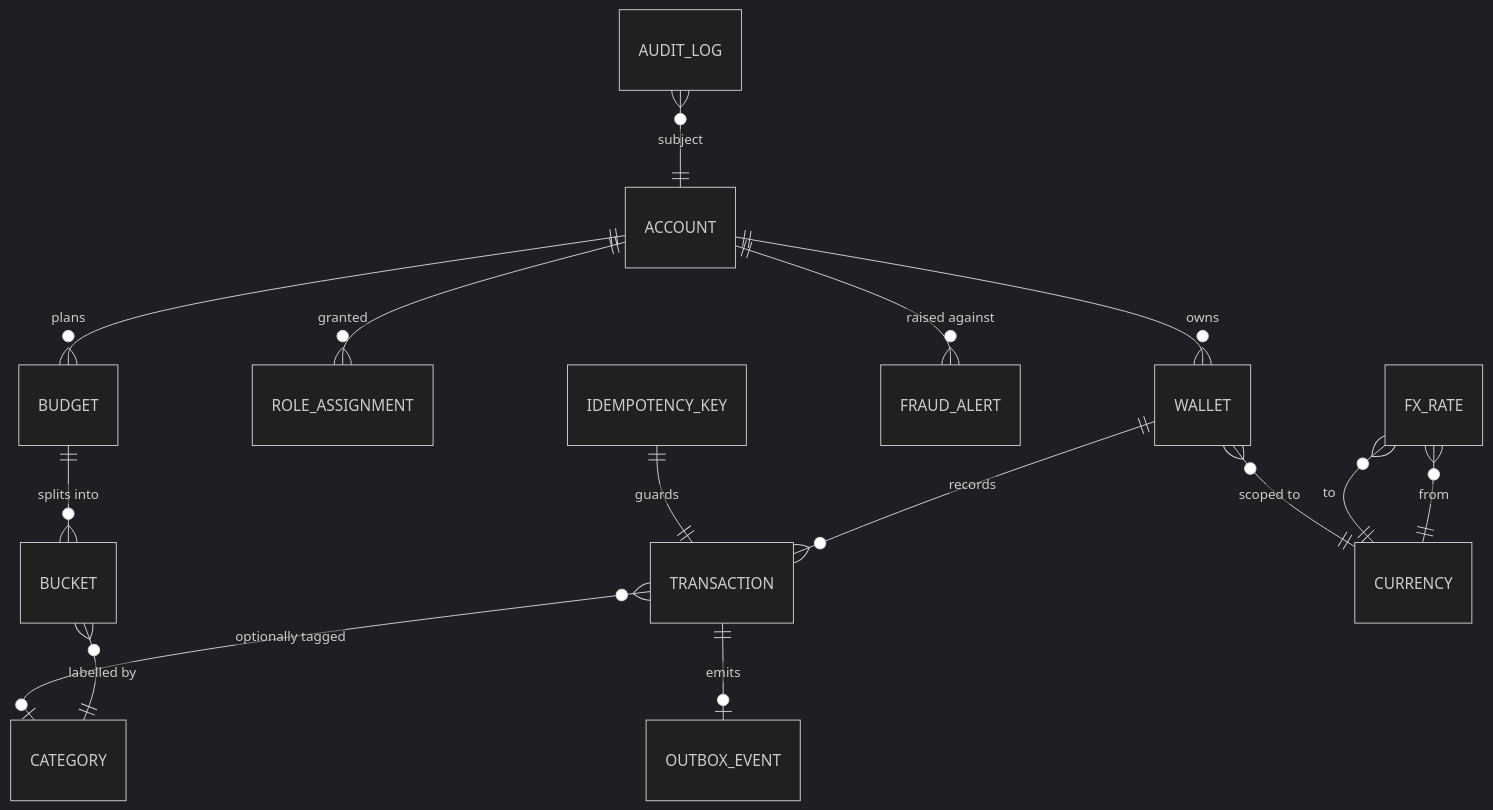
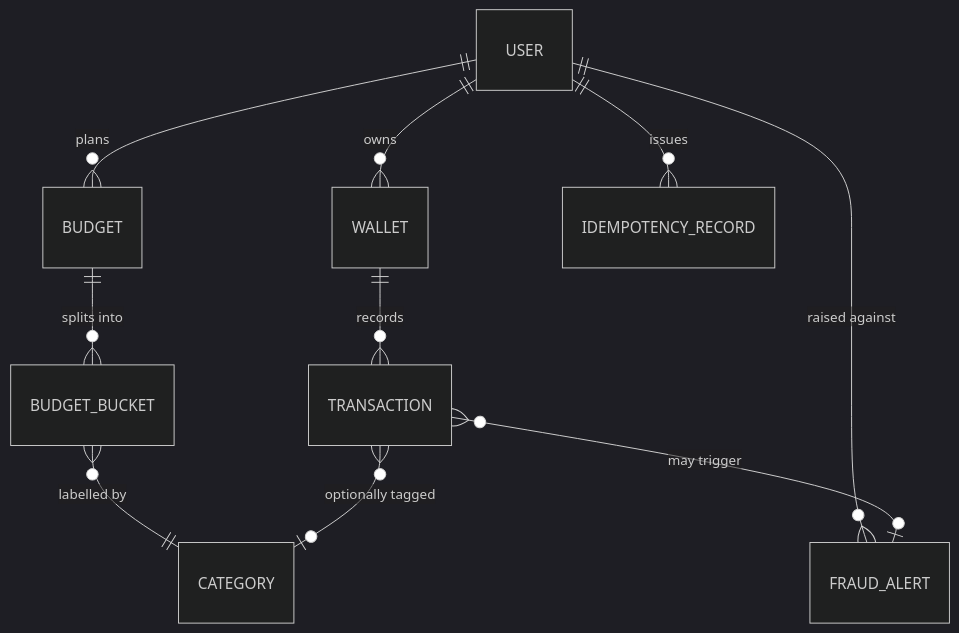
Before and after one commit to tienkhoa03/DigitalWallet: the diagram in docs/database/README.md, drawn with Mermaid (dark theme). The commit also changed other lines of this file and 24 other files, not shown here.

````diff
--- a/docs/database/README.md
+++ b/docs/database/README.md
@@ -9,17 +9,12 @@
 ```mermaid
 erDiagram
-    ACCOUNT ||--o{ WALLET : "owns"
-    ACCOUNT ||--o{ ROLE_ASSIGNMENT : "granted"
-    ACCOUNT ||--o{ BUDGET : "plans"
-    ACCOUNT ||--o{ FRAUD_ALERT : "raised against"
+    USER ||--o{ WALLET : "owns"
+    USER ||--o{ BUDGET : "plans"
+    USER ||--o{ FRAUD_ALERT : "raised against"
+    USER ||--o{ IDEMPOTENCY_RECORD : "issues"
     WALLET ||--o{ TRANSACTION : "records"
-    BUDGET ||--o{ BUCKET : "splits into"
-    BUCKET }o--|| CATEGORY : "labelled by"
+    BUDGET ||--o{ BUDGET_BUCKET : "splits into"
+    BUDGET_BUCKET }o--|| CATEGORY : "labelled by"
     TRANSACTION }o--o| CATEGORY : "optionally tagged"
-    TRANSACTION ||--o| OUTBOX_EVENT : "emits"
-    FX_RATE }o--|| CURRENCY : "from"
-    FX_RATE }o--|| CURRENCY : "to"
-    WALLET }o--|| CURRENCY : "scoped to"
-    IDEMPOTENCY_KEY ||--|| TRANSACTION : "guards"
-    AUDIT_LOG }o--|| ACCOUNT : "subject"
+    TRANSACTION }o--o| FRAUD_ALERT : "may trigger"
 ```
````
